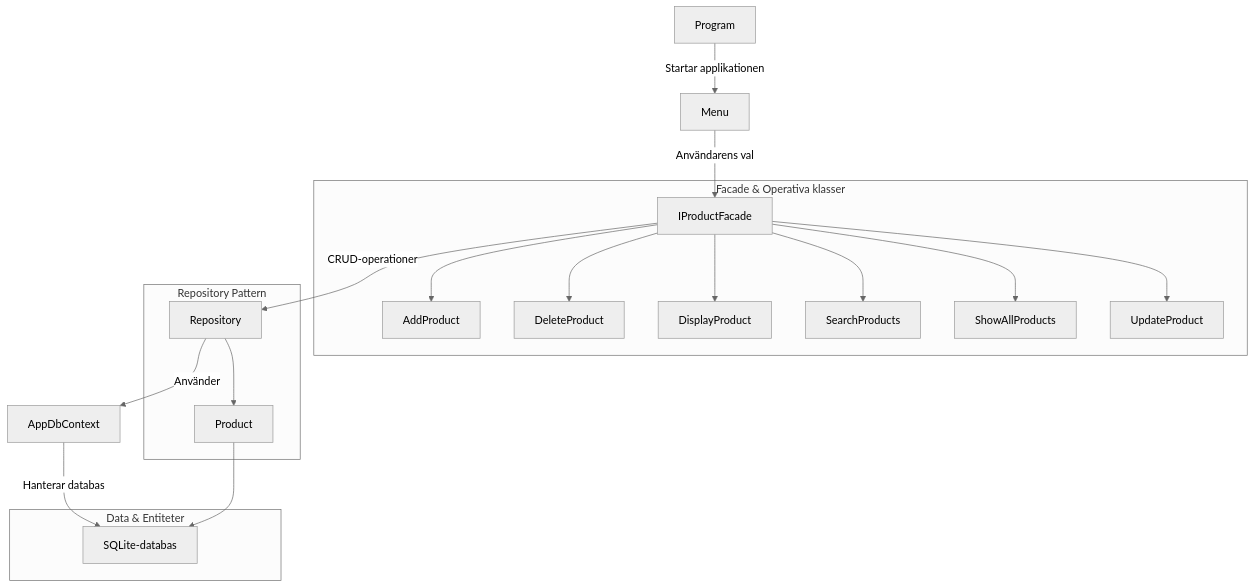
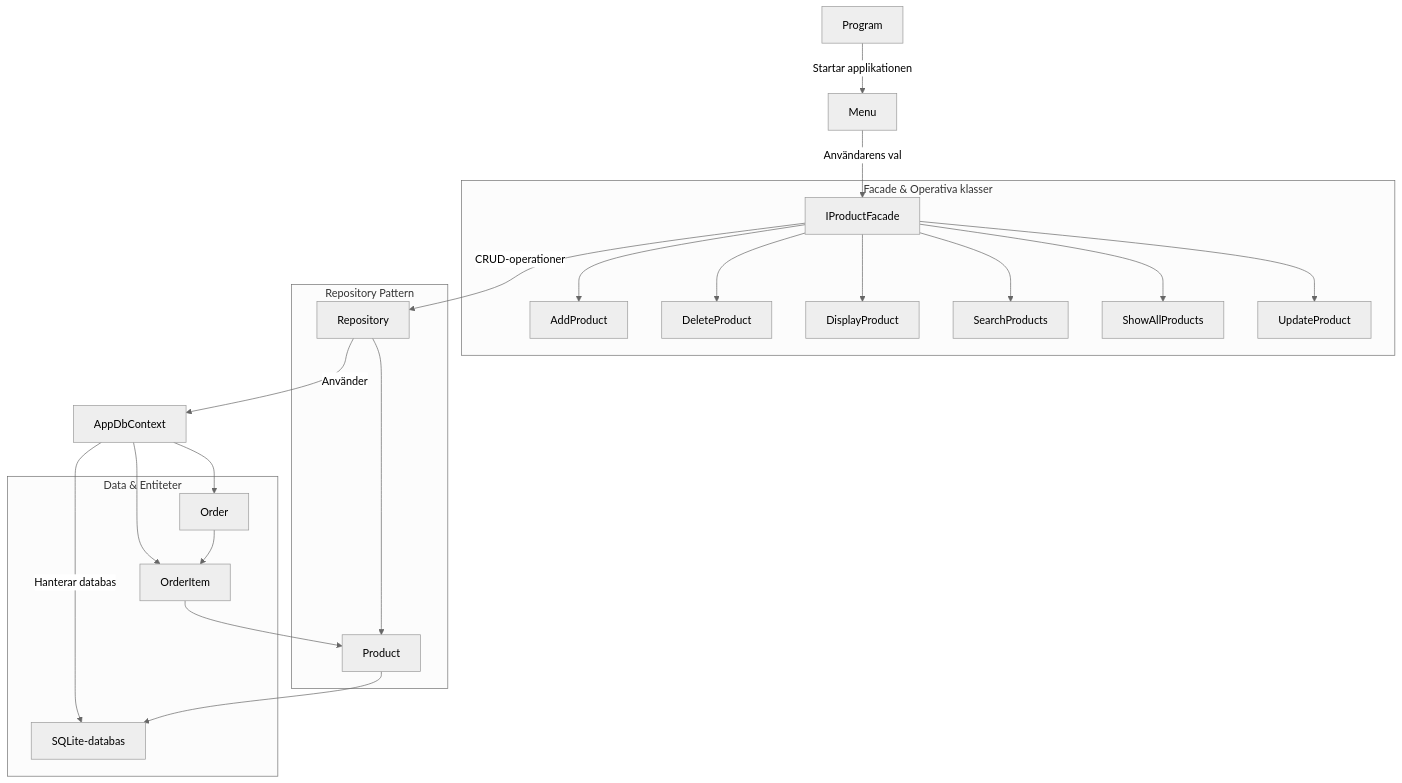
The first of 3 diagrams in HenriksHobbyLager/docs/uml.md (Campus-Molndal-CLOH24/OopAdv_31337_Lagershop), drawn with Mermaid (neutral theme) before and after one commit. The commit also changed other lines of this file, not shown here.

Commit message:
Updated UML for EF.

````diff
--- a/HenriksHobbyLager/docs/uml.md
+++ b/HenriksHobbyLager/docs/uml.md
@@ -9,26 +9,30 @@
 ```mermaid
 flowchart TD
     Program -->|Startar applikationen| Menu
     Menu -->|Användarens val| Facade["IProductFacade"]
-    
+
     Facade -->|CRUD-operationer| Repository["Repository<T>"]
     Repository -->|Använder| AppDbContext
     AppDbContext -->|Hanterar databas| SQLite["SQLite-databas"]
+    AppDbContext --> Order
+    AppDbContext --> OrderItem
 
     subgraph FacadeLayer ["Facade & Operativa klasser"]
         Facade --> AddProduct
         Facade --> DeleteProduct
         Facade --> DisplayProduct
         Facade --> SearchProducts
         Facade --> ShowAllProducts
         Facade --> UpdateProduct
     end
 
     subgraph RepositoryLayer ["Repository Pattern"]
         Repository --> Product
     end
 
     subgraph DataLayer ["Data & Entiteter"]
         Product --> SQLite
+        Order --> OrderItem
+        OrderItem --> Product
     end
 ```
````
